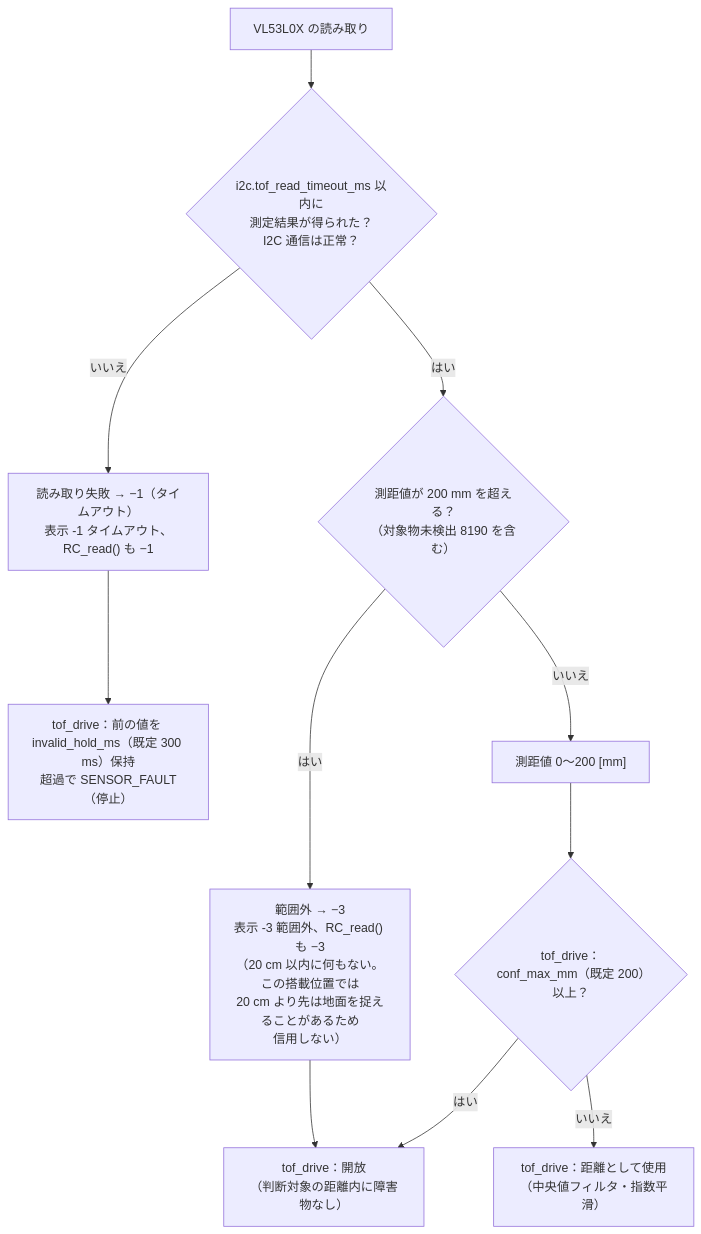
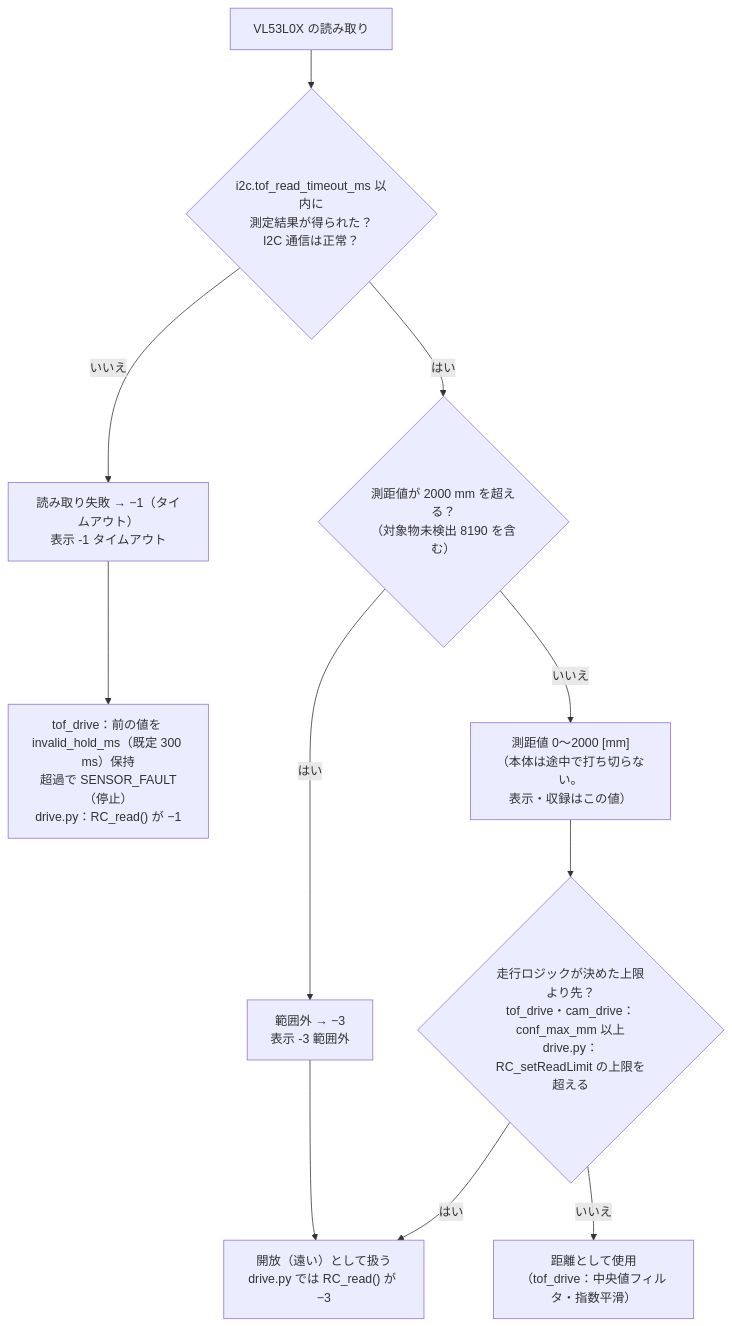
One commit to RumiCar-group/RumiCar-Zero2Cam changed the diagram in docs/figures/ja/03-tof-reading.mmd. Above: the diagram before and after it, drawn with Mermaid. The commit also changed 12 other files, not shown here.

First line of the commit message:
文書：README（日英）・図・解説動画・仕様書 第21版・設計の記録 第23版（ToF の上限は走行ロジックが決める、0.7.0）

```diff
--- a/docs/figures/ja/03-tof-reading.mmd
+++ b/docs/figures/ja/03-tof-reading.mmd
@@ -1,11 +1,11 @@
 flowchart TD
     R["VL53L0X の読み取り"] --> Q{"i2c.tof_read_timeout_ms 以内に<br/>測定結果が得られた？<br/>I2C 通信は正常？"}
-    Q -->|"いいえ"| F["読み取り失敗 → −1（タイムアウト）<br/>表示 -1 タイムアウト、RC_read() も −1"]
-    Q -->|"はい"| V{"測距値が 200 mm を超える？<br/>（対象物未検出 8190 を含む）"}
-    V -->|"はい"| O["範囲外 → −3<br/>表示 -3 範囲外、RC_read() も −3<br/>（20 cm 以内に何もない。この搭載位置では<br/>20 cm より先は地面を捉えることがあるため<br/>信用しない）"]
-    V -->|"いいえ"| D["測距値 0〜200 [mm]"]
-    D --> T{"tof_drive：<br/>conf_max_mm（既定 200）以上？"}
-    T -->|"はい"| OPEN["tof_drive：開放<br/>（判断対象の距離内に障害物なし）"]
+    Q -->|"いいえ"| F["読み取り失敗 → −1（タイムアウト）<br/>表示 -1 タイムアウト"]
+    Q -->|"はい"| V{"測距値が 2000 mm を超える？<br/>（対象物未検出 8190 を含む）"}
+    V -->|"はい"| O["範囲外 → −3<br/>表示 -3 範囲外"]
+    V -->|"いいえ"| D["測距値 0〜2000 [mm]<br/>（本体は途中で打ち切らない。<br/>表示・収録はこの値）"]
+    D --> T{"走行ロジックが決めた上限より先？<br/>tof_drive・cam_drive：conf_max_mm 以上<br/>drive.py：RC_setReadLimit の上限を超える"}
+    T -->|"はい"| OPEN["開放（遠い）として扱う<br/>drive.py では RC_read() が −3"]
     O --> OPEN
-    T -->|"いいえ"| USE["tof_drive：距離として使用<br/>（中央値フィルタ・指数平滑）"]
-    F --> HOLD["tof_drive：前の値を invalid_hold_ms（既定 300 ms）保持<br/>超過で SENSOR_FAULT（停止）"]
+    T -->|"いいえ"| USE["距離として使用<br/>（tof_drive：中央値フィルタ・指数平滑）"]
+    F --> HOLD["tof_drive：前の値を invalid_hold_ms（既定 300 ms）保持<br/>超過で SENSOR_FAULT（停止）<br/>drive.py：RC_read() が −1"]
```
